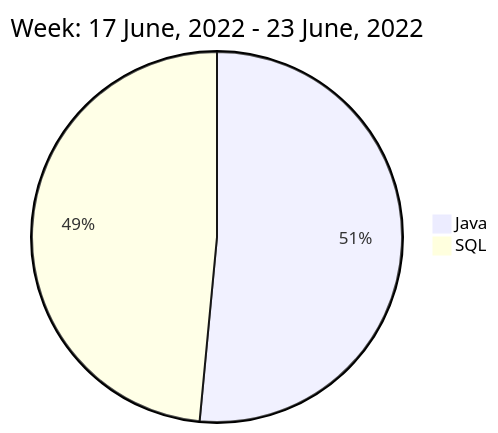
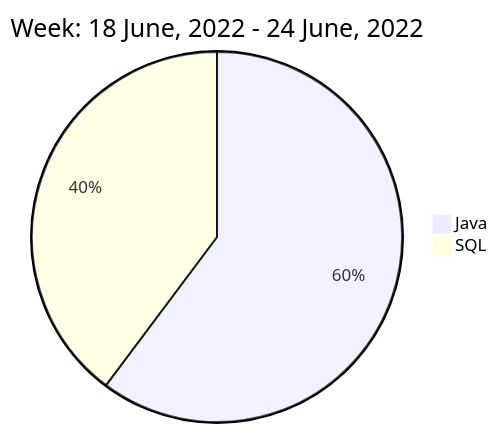
One commit to liubin95/liubin95 changed the diagram in README.md. Above: the diagram before and after it, drawn with Mermaid.

Commit message:
Updated the Graph with new Metrics

````diff
--- a/README.md
+++ b/README.md
@@ -40,6 +40,6 @@
 ```mermaid
  pie
-title Week: 17 June, 2022 - 23 June, 2022
- "Java" : 7.22
- "SQL" : 6.8
+title Week: 18 June, 2022 - 24 June, 2022
+ "Java" : 6.92
+ "SQL" : 4.57
 ```
````
